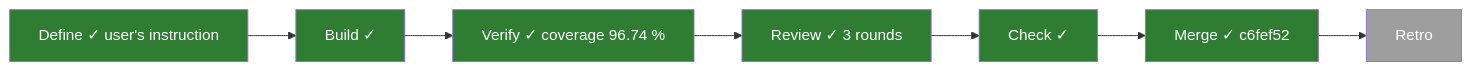
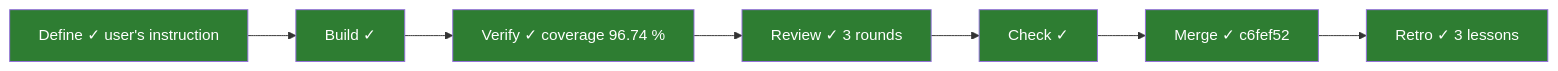
Before and after one commit to PaliCanon/learn-pali: the first of 2 diagrams in .task/034-dev-public.md, drawn with Mermaid. The commit also changed other lines of this file, not shown here.

Commit message:
chore(task): 034 retro validated

````diff
--- a/.task/034-dev-public.md
+++ b/.task/034-dev-public.md
@@ -12,7 +12,7 @@
 ```mermaid
 flowchart LR
-  Define["Define ✓ user's instruction"]:::done --> Build["Build ✓"]:::done --> Verify["Verify ✓ coverage 96.74 %"]:::done --> Review["Review ✓ 3 rounds"]:::done --> Check["Check ✓"]:::done --> Merge["Merge ✓ c6fef52"]:::done --> Retro:::todo
+  Define["Define ✓ user's instruction"]:::done --> Build["Build ✓"]:::done --> Verify["Verify ✓ coverage 96.74 %"]:::done --> Review["Review ✓ 3 rounds"]:::done --> Check["Check ✓"]:::done --> Merge["Merge ✓ c6fef52"]:::done --> Retro["Retro ✓ 3 lessons"]:::done
   classDef doing fill:#f9a825,color:#000
   classDef done fill:#2e7d32,color:#fff
   classDef todo fill:#9e9e9e,color:#fff
 ```
````
